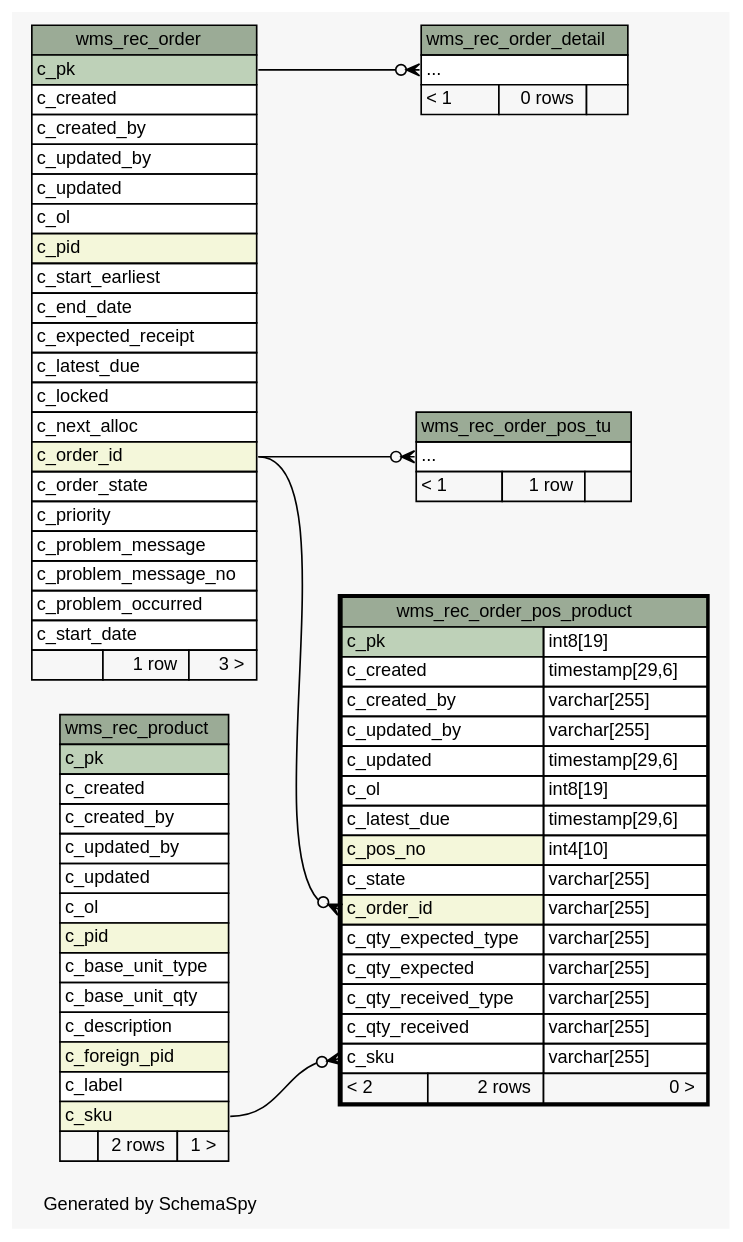
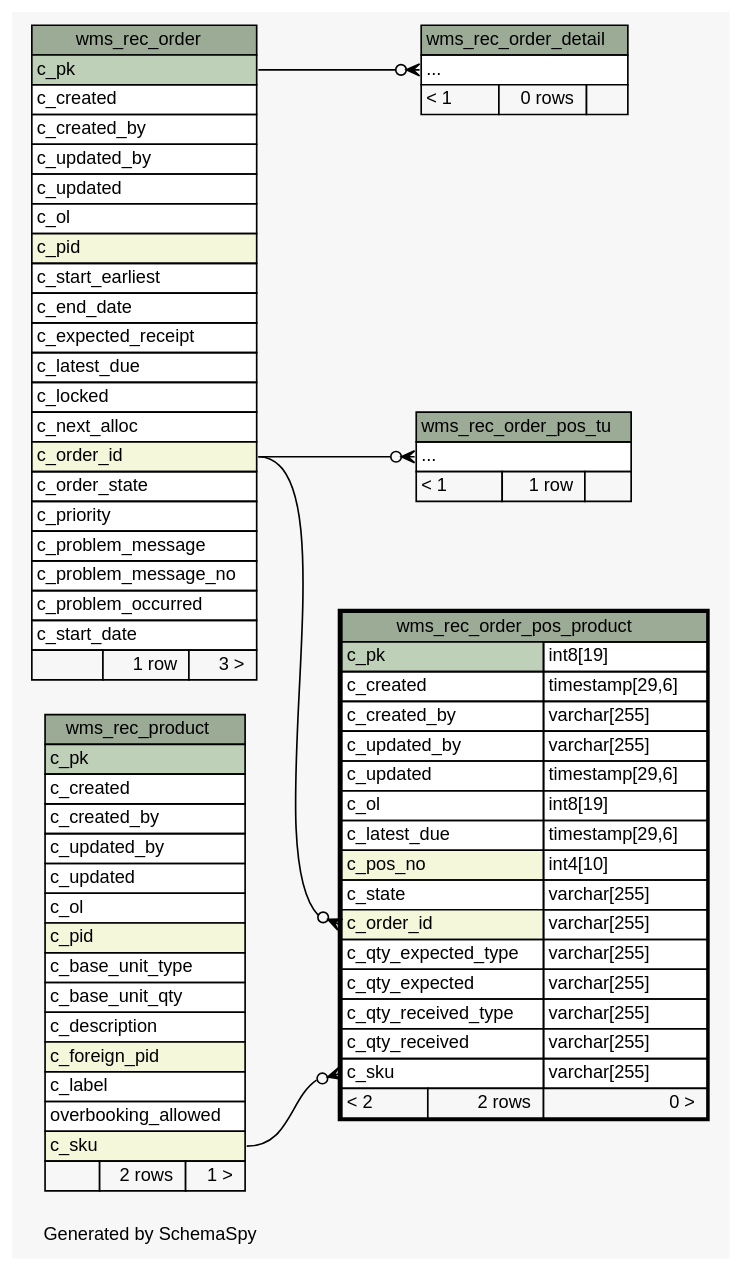
The diagram in 1.0.0-SNAPSHOT/schemaspy/diagrams/wms_rec_order_pos_product.2degrees.dot (openwms/org.openwms.wms.receiving.lib), drawn with Graphviz before and after one commit. The commit also changed 422 other files, not shown here.

```diff
--- a/1.0.0-SNAPSHOT/schemaspy/diagrams/wms_rec_order_pos_product.2degrees.dot
+++ b/1.0.0-SNAPSHOT/schemaspy/diagrams/wms_rec_order_pos_product.2degrees.dot
@@ -1,121 +1,122 @@
-// dot 2.43.0 on Linux 5.15.0-1030-azure
+// dot 2.43.0 on Linux 5.15.0-1031-azure
 // SchemaSpy rev Unknown
 digraph "twoDegreesRelationshipsDiagram" {
   graph [
     rankdir="RL"
     bgcolor="#f7f7f7"
     label="\nGenerated by SchemaSpy"
     labeljust="l"
     nodesep="0.18"
     ranksep="0.46"
     fontname="Helvetica"
     fontsize="11"
   ];
   node [
     fontname="Helvetica"
     fontsize="11"
     shape="plaintext"
   ];
   edge [
     arrowsize="0.8"
   ];
   "wms_rec_order_detail":"elipses":w -> "wms_rec_order":"c_pk":e [arrowhead=none dir=back arrowtail=crowodot];
   "wms_rec_order_pos_product":"c_order_id":w -> "wms_rec_order":"c_order_id":e [arrowhead=none dir=back arrowtail=crowodot];
   "wms_rec_order_pos_product":"c_sku":w -> "wms_rec_product":"c_sku":e [arrowhead=none dir=back arrowtail=crowodot];
   "wms_rec_order_pos_tu":"elipses":w -> "wms_rec_order":"c_order_id":e [arrowhead=none dir=back arrowtail=crowodot];
   "wms_rec_order" [
     label=<
     <TABLE BORDER="0" CELLBORDER="1" CELLSPACING="0" BGCOLOR="#ffffff">
       <TR><TD COLSPAN="3" BGCOLOR="#9bab96" ALIGN="CENTER">wms_rec_order</TD></TR>
       <TR><TD PORT="c_pk" COLSPAN="3" BGCOLOR="#bed1b8" ALIGN="LEFT">c_pk</TD></TR>
       <TR><TD PORT="c_created" COLSPAN="3" ALIGN="LEFT">c_created</TD></TR>
       <TR><TD PORT="c_created_by" COLSPAN="3" ALIGN="LEFT">c_created_by</TD></TR>
       <TR><TD PORT="c_updated_by" COLSPAN="3" ALIGN="LEFT">c_updated_by</TD></TR>
       <TR><TD PORT="c_updated" COLSPAN="3" ALIGN="LEFT">c_updated</TD></TR>
       <TR><TD PORT="c_ol" COLSPAN="3" ALIGN="LEFT">c_ol</TD></TR>
       <TR><TD PORT="c_pid" COLSPAN="3" BGCOLOR="#f4f7da" ALIGN="LEFT">c_pid</TD></TR>
       <TR><TD PORT="c_start_earliest" COLSPAN="3" ALIGN="LEFT">c_start_earliest</TD></TR>
       <TR><TD PORT="c_end_date" COLSPAN="3" ALIGN="LEFT">c_end_date</TD></TR>
       <TR><TD PORT="c_expected_receipt" COLSPAN="3" ALIGN="LEFT">c_expected_receipt</TD></TR>
       <TR><TD PORT="c_latest_due" COLSPAN="3" ALIGN="LEFT">c_latest_due</TD></TR>
       <TR><TD PORT="c_locked" COLSPAN="3" ALIGN="LEFT">c_locked</TD></TR>
       <TR><TD PORT="c_next_alloc" COLSPAN="3" ALIGN="LEFT">c_next_alloc</TD></TR>
       <TR><TD PORT="c_order_id" COLSPAN="3" BGCOLOR="#f4f7da" ALIGN="LEFT">c_order_id</TD></TR>
       <TR><TD PORT="c_order_state" COLSPAN="3" ALIGN="LEFT">c_order_state</TD></TR>
       <TR><TD PORT="c_priority" COLSPAN="3" ALIGN="LEFT">c_priority</TD></TR>
       <TR><TD PORT="c_problem_message" COLSPAN="3" ALIGN="LEFT">c_problem_message</TD></TR>
       <TR><TD PORT="c_problem_message_no" COLSPAN="3" ALIGN="LEFT">c_problem_message_no</TD></TR>
       <TR><TD PORT="c_problem_occurred" COLSPAN="3" ALIGN="LEFT">c_problem_occurred</TD></TR>
       <TR><TD PORT="c_start_date" COLSPAN="3" ALIGN="LEFT">c_start_date</TD></TR>
       <TR><TD ALIGN="LEFT" BGCOLOR="#f7f7f7">  </TD><TD ALIGN="RIGHT" BGCOLOR="#f7f7f7">1 row</TD><TD ALIGN="RIGHT" BGCOLOR="#f7f7f7">3 &gt;</TD></TR>
     </TABLE>>
     URL="wms_rec_order.html"
     tooltip="wms_rec_order"
   ];
   "wms_rec_order_detail" [
     label=<
     <TABLE BORDER="0" CELLBORDER="1" CELLSPACING="0" BGCOLOR="#ffffff">
       <TR><TD COLSPAN="3" BGCOLOR="#9bab96" ALIGN="CENTER">wms_rec_order_detail</TD></TR>
       <TR><TD PORT="elipses" COLSPAN="3" ALIGN="LEFT">...</TD></TR>
       <TR><TD ALIGN="LEFT" BGCOLOR="#f7f7f7">&lt; 1</TD><TD ALIGN="RIGHT" BGCOLOR="#f7f7f7">0 rows</TD><TD ALIGN="RIGHT" BGCOLOR="#f7f7f7">  </TD></TR>
     </TABLE>>
     URL="wms_rec_order_detail.html"
     tooltip="wms_rec_order_detail"
   ];
   "wms_rec_order_pos_product" [
     label=<
     <TABLE BORDER="2" CELLBORDER="1" CELLSPACING="0" BGCOLOR="#ffffff">
       <TR><TD COLSPAN="3" BGCOLOR="#9bab96" ALIGN="CENTER">wms_rec_order_pos_product</TD></TR>
       <TR><TD PORT="c_pk" COLSPAN="2" BGCOLOR="#bed1b8" ALIGN="LEFT">c_pk</TD><TD PORT="c_pk.type" ALIGN="LEFT">int8[19]</TD></TR>
       <TR><TD PORT="c_created" COLSPAN="2" ALIGN="LEFT">c_created</TD><TD PORT="c_created.type" ALIGN="LEFT">timestamp[29,6]</TD></TR>
       <TR><TD PORT="c_created_by" COLSPAN="2" ALIGN="LEFT">c_created_by</TD><TD PORT="c_created_by.type" ALIGN="LEFT">varchar[255]</TD></TR>
       <TR><TD PORT="c_updated_by" COLSPAN="2" ALIGN="LEFT">c_updated_by</TD><TD PORT="c_updated_by.type" ALIGN="LEFT">varchar[255]</TD></TR>
       <TR><TD PORT="c_updated" COLSPAN="2" ALIGN="LEFT">c_updated</TD><TD PORT="c_updated.type" ALIGN="LEFT">timestamp[29,6]</TD></TR>
       <TR><TD PORT="c_ol" COLSPAN="2" ALIGN="LEFT">c_ol</TD><TD PORT="c_ol.type" ALIGN="LEFT">int8[19]</TD></TR>
       <TR><TD PORT="c_latest_due" COLSPAN="2" ALIGN="LEFT">c_latest_due</TD><TD PORT="c_latest_due.type" ALIGN="LEFT">timestamp[29,6]</TD></TR>
       <TR><TD PORT="c_pos_no" COLSPAN="2" BGCOLOR="#f4f7da" ALIGN="LEFT">c_pos_no</TD><TD PORT="c_pos_no.type" ALIGN="LEFT">int4[10]</TD></TR>
       <TR><TD PORT="c_state" COLSPAN="2" ALIGN="LEFT">c_state</TD><TD PORT="c_state.type" ALIGN="LEFT">varchar[255]</TD></TR>
       <TR><TD PORT="c_order_id" COLSPAN="2" BGCOLOR="#f4f7da" ALIGN="LEFT">c_order_id</TD><TD PORT="c_order_id.type" ALIGN="LEFT">varchar[255]</TD></TR>
       <TR><TD PORT="c_qty_expected_type" COLSPAN="2" ALIGN="LEFT">c_qty_expected_type</TD><TD PORT="c_qty_expected_type.type" ALIGN="LEFT">varchar[255]</TD></TR>
       <TR><TD PORT="c_qty_expected" COLSPAN="2" ALIGN="LEFT">c_qty_expected</TD><TD PORT="c_qty_expected.type" ALIGN="LEFT">varchar[255]</TD></TR>
       <TR><TD PORT="c_qty_received_type" COLSPAN="2" ALIGN="LEFT">c_qty_received_type</TD><TD PORT="c_qty_received_type.type" ALIGN="LEFT">varchar[255]</TD></TR>
       <TR><TD PORT="c_qty_received" COLSPAN="2" ALIGN="LEFT">c_qty_received</TD><TD PORT="c_qty_received.type" ALIGN="LEFT">varchar[255]</TD></TR>
       <TR><TD PORT="c_sku" COLSPAN="2" ALIGN="LEFT">c_sku</TD><TD PORT="c_sku.type" ALIGN="LEFT">varchar[255]</TD></TR>
       <TR><TD ALIGN="LEFT" BGCOLOR="#f7f7f7">&lt; 2</TD><TD ALIGN="RIGHT" BGCOLOR="#f7f7f7">2 rows</TD><TD ALIGN="RIGHT" BGCOLOR="#f7f7f7">0 &gt;</TD></TR>
     </TABLE>>
     URL="wms_rec_order_pos_product.html"
     tooltip="wms_rec_order_pos_product"
   ];
   "wms_rec_order_pos_tu" [
     label=<
     <TABLE BORDER="0" CELLBORDER="1" CELLSPACING="0" BGCOLOR="#ffffff">
       <TR><TD COLSPAN="3" BGCOLOR="#9bab96" ALIGN="CENTER">wms_rec_order_pos_tu</TD></TR>
       <TR><TD PORT="elipses" COLSPAN="3" ALIGN="LEFT">...</TD></TR>
       <TR><TD ALIGN="LEFT" BGCOLOR="#f7f7f7">&lt; 1</TD><TD ALIGN="RIGHT" BGCOLOR="#f7f7f7">1 row</TD><TD ALIGN="RIGHT" BGCOLOR="#f7f7f7">  </TD></TR>
     </TABLE>>
     URL="wms_rec_order_pos_tu.html"
     tooltip="wms_rec_order_pos_tu"
   ];
   "wms_rec_product" [
     label=<
     <TABLE BORDER="0" CELLBORDER="1" CELLSPACING="0" BGCOLOR="#ffffff">
       <TR><TD COLSPAN="3" BGCOLOR="#9bab96" ALIGN="CENTER">wms_rec_product</TD></TR>
       <TR><TD PORT="c_pk" COLSPAN="3" BGCOLOR="#bed1b8" ALIGN="LEFT">c_pk</TD></TR>
       <TR><TD PORT="c_created" COLSPAN="3" ALIGN="LEFT">c_created</TD></TR>
       <TR><TD PORT="c_created_by" COLSPAN="3" ALIGN="LEFT">c_created_by</TD></TR>
       <TR><TD PORT="c_updated_by" COLSPAN="3" ALIGN="LEFT">c_updated_by</TD></TR>
       <TR><TD PORT="c_updated" COLSPAN="3" ALIGN="LEFT">c_updated</TD></TR>
       <TR><TD PORT="c_ol" COLSPAN="3" ALIGN="LEFT">c_ol</TD></TR>
       <TR><TD PORT="c_pid" COLSPAN="3" BGCOLOR="#f4f7da" ALIGN="LEFT">c_pid</TD></TR>
       <TR><TD PORT="c_base_unit_type" COLSPAN="3" ALIGN="LEFT">c_base_unit_type</TD></TR>
       <TR><TD PORT="c_base_unit_qty" COLSPAN="3" ALIGN="LEFT">c_base_unit_qty</TD></TR>
       <TR><TD PORT="c_description" COLSPAN="3" ALIGN="LEFT">c_description</TD></TR>
       <TR><TD PORT="c_foreign_pid" COLSPAN="3" BGCOLOR="#f4f7da" ALIGN="LEFT">c_foreign_pid</TD></TR>
       <TR><TD PORT="c_label" COLSPAN="3" ALIGN="LEFT">c_label</TD></TR>
+      <TR><TD PORT="overbooking_allowed" COLSPAN="3" ALIGN="LEFT">overbooking_allowed</TD></TR>
       <TR><TD PORT="c_sku" COLSPAN="3" BGCOLOR="#f4f7da" ALIGN="LEFT">c_sku</TD></TR>
       <TR><TD ALIGN="LEFT" BGCOLOR="#f7f7f7">  </TD><TD ALIGN="RIGHT" BGCOLOR="#f7f7f7">2 rows</TD><TD ALIGN="RIGHT" BGCOLOR="#f7f7f7">1 &gt;</TD></TR>
     </TABLE>>
     URL="wms_rec_product.html"
     tooltip="wms_rec_product"
   ];
 }
```
